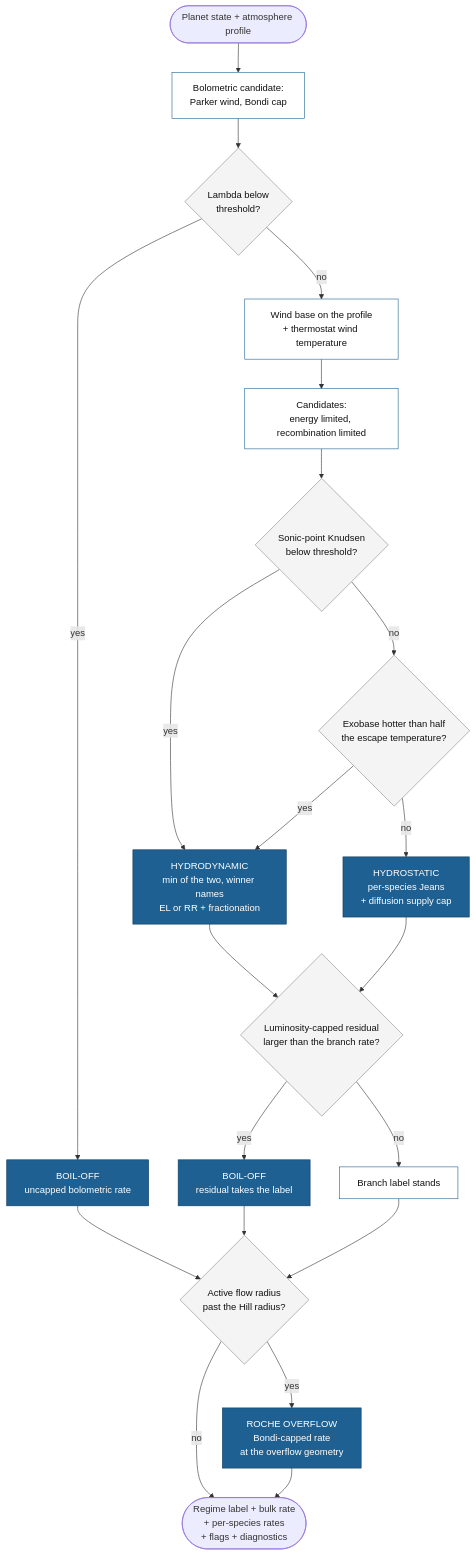
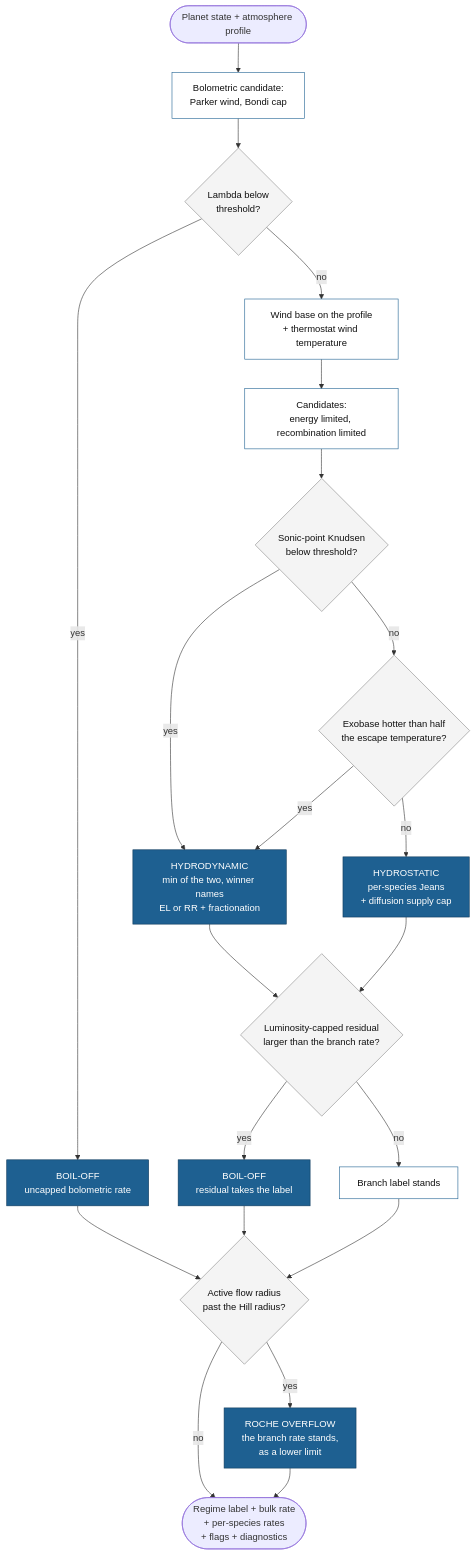
The diagram in docs/Explanations/regimes.md (FormingWorlds/ZEPHYRUS), drawn with Mermaid before and after one commit. The commit also changed other lines of this file and 6 other files, not shown here.

````diff
--- a/docs/Explanations/regimes.md
+++ b/docs/Explanations/regimes.md
@@ -16,29 +16,29 @@
 ```mermaid
 flowchart TD
     IN(["Planet state + atmosphere profile"]) --> BOLO["Bolometric candidate:<br/>Parker wind, Bondi cap"]
     BOLO --> Q1{"Lambda below<br/>threshold?"}
     Q1 -- yes --> BO["BOIL-OFF<br/>uncapped bolometric rate"]
     Q1 -- no --> BASE["Wind base on the profile<br/>+ thermostat wind temperature"]
     BASE --> HYD["Candidates:<br/>energy limited, recombination limited"]
     HYD --> Q2{"Sonic-point Knudsen<br/>below threshold?"}
     Q2 -- yes --> HD["HYDRODYNAMIC<br/>min of the two, winner names<br/>EL or RR + fractionation"]
     Q2 -- no --> Q3{"Exobase hotter than half<br/>the escape temperature?"}
     Q3 -- yes --> HD
     Q3 -- no --> HS["HYDROSTATIC<br/>per-species Jeans<br/>+ diffusion supply cap"]
     BO --> Q5
     HD --> Q4{"Luminosity-capped residual<br/>larger than the branch rate?"}
     HS --> Q4
     Q4 -- yes --> BO2["BOIL-OFF<br/>residual takes the label"]
     Q4 -- no --> KEEP["Branch label stands"]
     BO2 --> Q5{"Active flow radius<br/>past the Hill radius?"}
     KEEP --> Q5
-    Q5 -- yes --> RO["ROCHE OVERFLOW<br/>Bondi-capped rate<br/>at the overflow geometry"]
+    Q5 -- yes --> RO["ROCHE OVERFLOW<br/>the branch rate stands,<br/>as a lower limit"]
     Q5 -- no --> OUT(["Regime label + bulk rate<br/>+ per-species rates<br/>+ flags + diagnostics"])
     RO --> OUT
     classDef regime fill:#1e6091,stroke:#0f3a5c,color:#ffffff
     classDef decision fill:#f4f4f4,stroke:#888888,color:#111111
     classDef stage fill:#ffffff,stroke:#1e6091,color:#111111
     class BO,BO2,HD,HS,RO regime
     class Q1,Q2,Q3,Q4,Q5 decision
     class BOLO,BASE,HYD,KEEP stage
 ```
````
